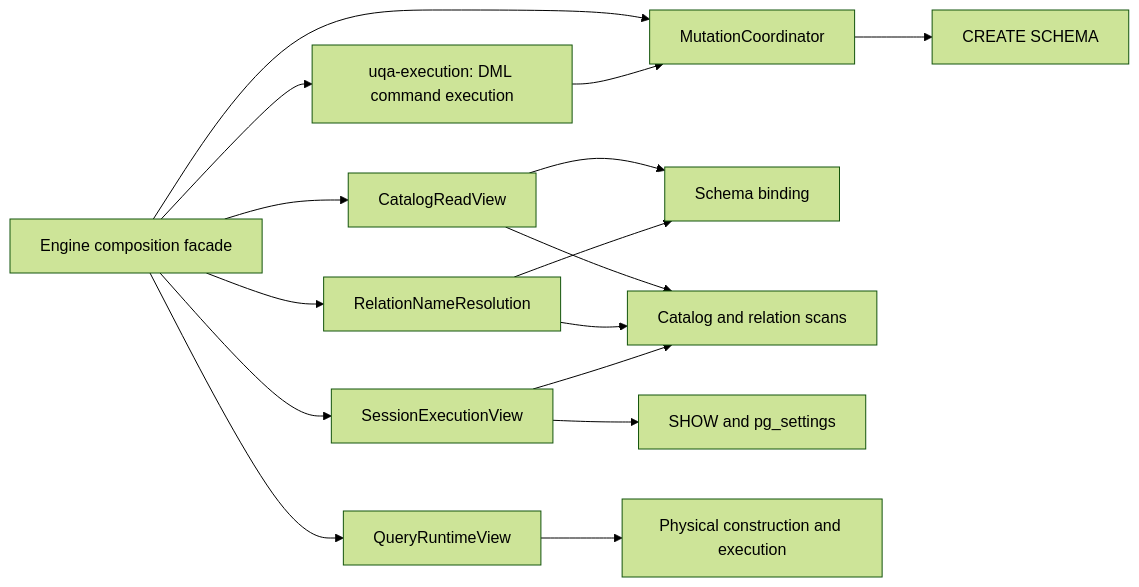
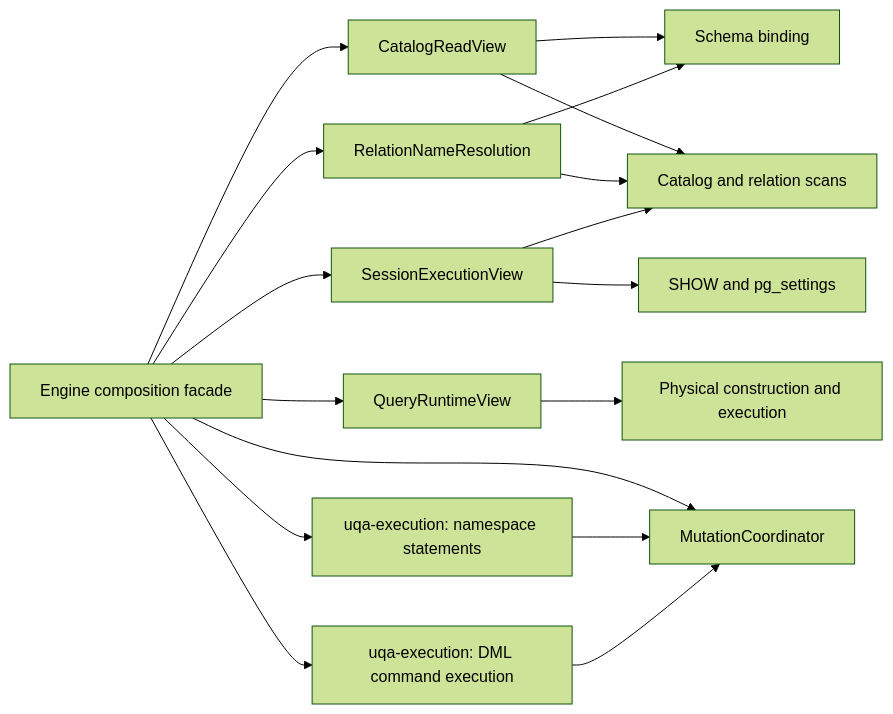
One commit to cognica-io/uqa-engine changed the second of 2 diagrams in docs/manual/internals/02-planning-and-execution.md. Above: the diagram before and after it, drawn with Mermaid (forest theme). The commit also changed other lines of this file and 22 other files, not shown here.

Commit message:
Move schema namespace and privilege execution to their owning crates

````diff
--- a/docs/manual/internals/02-planning-and-execution.md
+++ b/docs/manual/internals/02-planning-and-execution.md
@@ -58,18 +60,19 @@
 ```mermaid
 flowchart LR
     Engine[Engine composition facade] --> Catalog[CatalogReadView]
     Engine --> Resolution[RelationNameResolution]
     Engine --> Session[SessionExecutionView]
     Engine --> Runtime[QueryRuntimeView]
     Engine --> Mutation[MutationCoordinator]
     Catalog --> Bind[Schema binding]
     Resolution --> Bind
     Catalog --> Scan[Catalog and relation scans]
     Resolution --> Scan
     Session --> Scan
     Session --> Settings[SHOW and pg_settings]
     Runtime --> Physical[Physical construction and execution]
-    Mutation --> Schema[CREATE SCHEMA]
+    Engine --> Schema[uqa-execution: namespace statements]
+    Schema --> Mutation
     Engine --> DML[uqa-execution: DML command execution]
     DML --> Mutation
 ```
````
